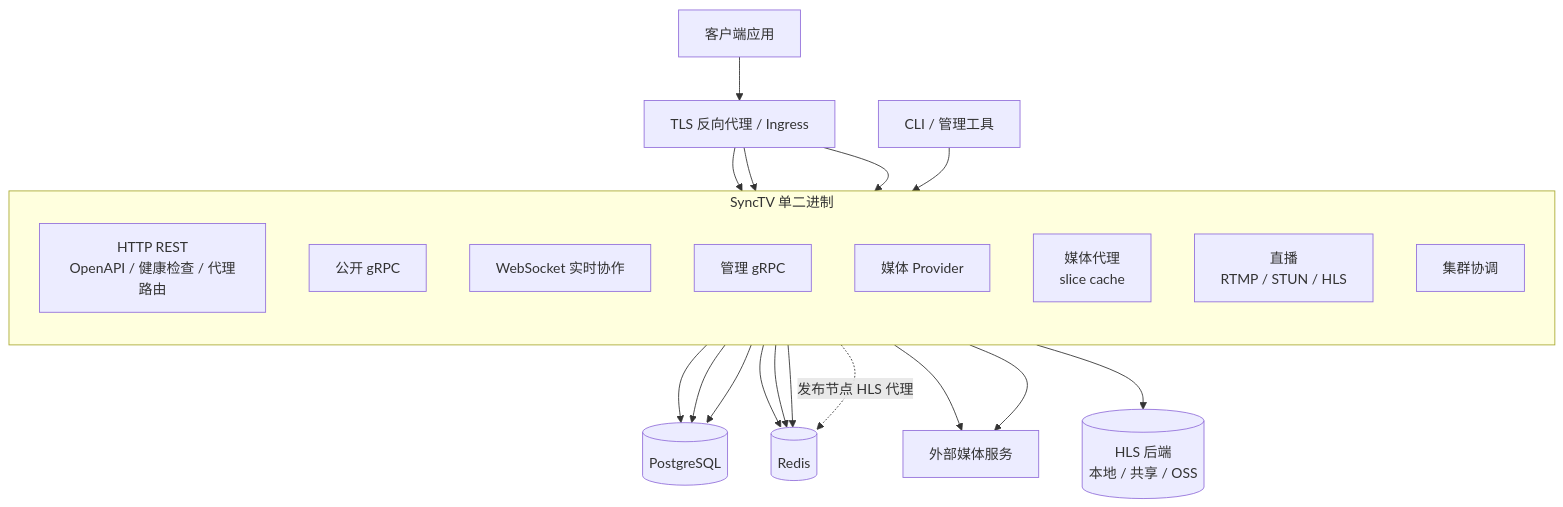
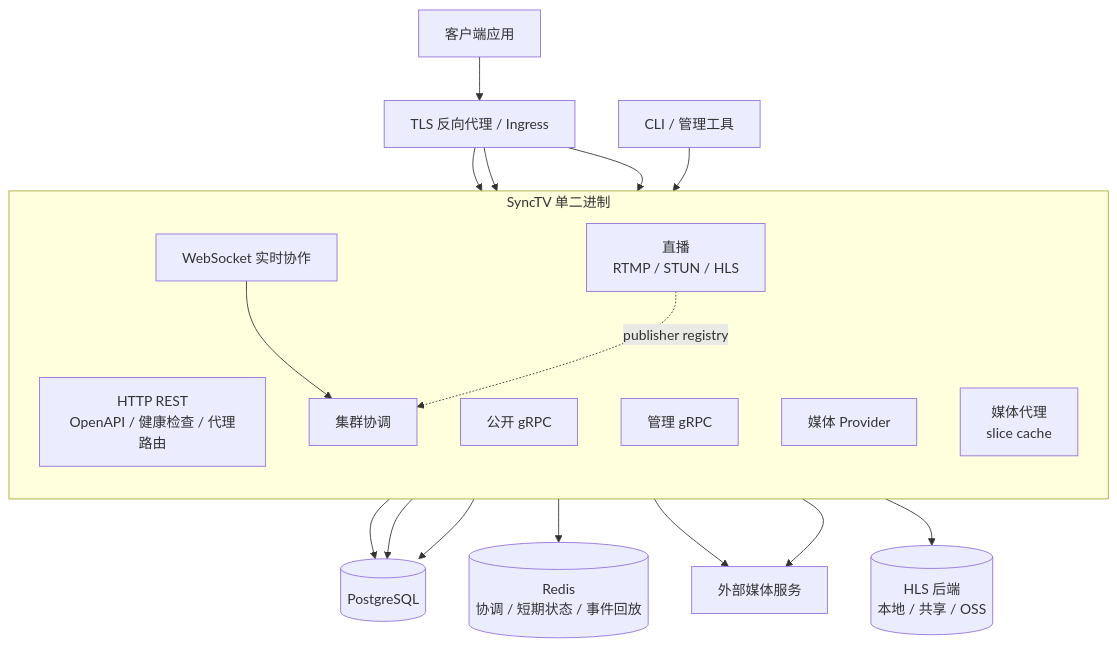
The diagram in docs/src/diagrams/architecture-zh.mmd (synctv-org/synctv), drawn with Mermaid before and after one commit. The commit also changed 122 other files, not shown here.

```diff
--- a/docs/src/diagrams/architecture-zh.mmd
+++ b/docs/src/diagrams/architecture-zh.mmd
@@ -1,38 +1,37 @@
 flowchart TB
   Client[客户端应用]
   Edge[TLS 反向代理 / Ingress]
   CLI[CLI / 管理工具]
 
   subgraph SyncTV["SyncTV 单二进制"]
     direction TB
     HTTP[HTTP REST<br/>OpenAPI / 健康检查 / 代理路由]
     GRPC[公开 gRPC]
     WS[WebSocket 实时协作]
     MGMT[管理 gRPC]
     Provider[媒体 Provider]
     Proxy[媒体代理<br/>slice cache]
     Live[直播<br/>RTMP / STUN / HLS]
     Cluster[集群协调]
   end
 
   PG[(PostgreSQL)]
-  Redis[(Redis)]
+  Redis[(Redis<br/>协调 / 短期状态 / 事件回放)]
   External[外部媒体服务]
   HLS[(HLS 后端<br/>本地 / 共享 / OSS)]
 
   Client --> Edge
   Edge --> HTTP
   Edge --> GRPC
   Edge --> WS
   CLI --> MGMT
 
   HTTP --> PG
   GRPC --> PG
   MGMT --> PG
-  WS --> Redis
+  WS --> Cluster
   Cluster --> Redis
   Provider --> External
   Proxy --> External
-  Proxy --> Redis
   Live --> HLS
-  Live -. 发布节点 HLS 代理 .-> Redis
+  Live -. publisher registry .-> Cluster
```
